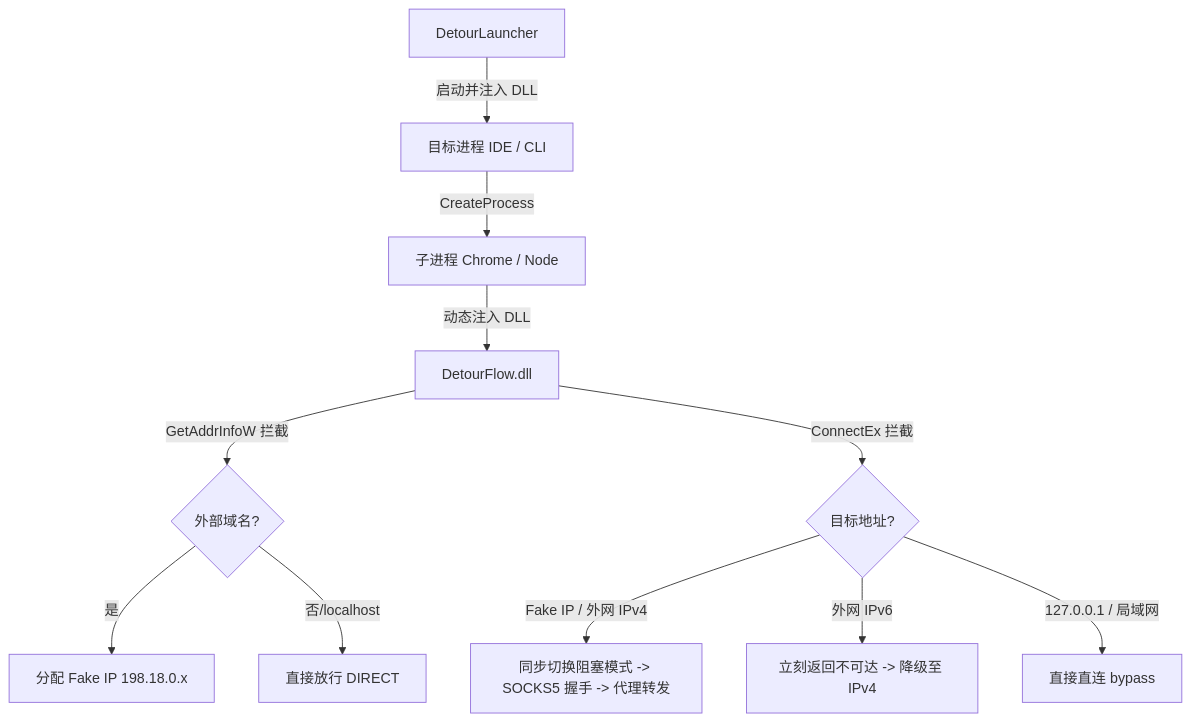
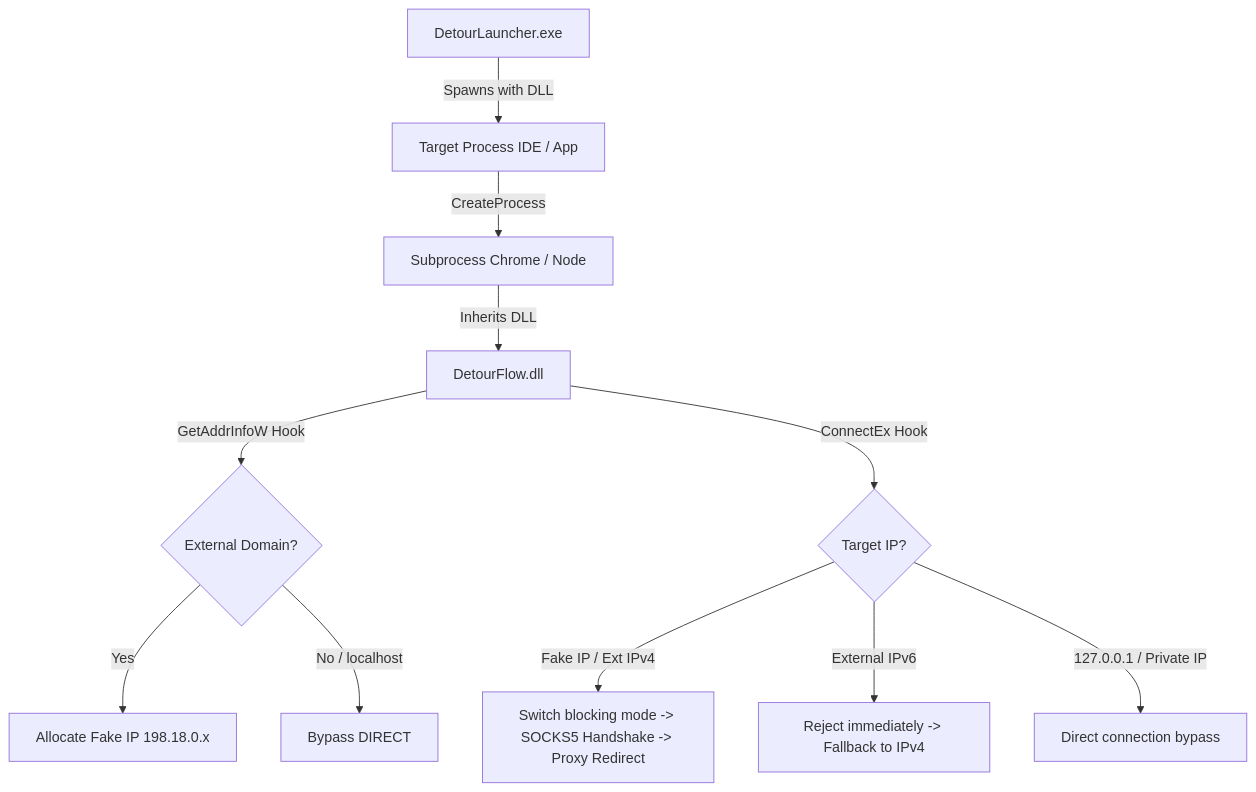
Before and after one commit to civilization-os/DetourFlow: the diagram in README.md, drawn with Mermaid. The commit also changed other lines of this file, not shown here.

````diff
--- a/README.md
+++ b/README.md
@@ -24,13 +26,13 @@
 ```mermaid
 graph TD
-    A[DetourLauncher] -->|启动并注入 DLL| B[目标进程 IDE / CLI]
-    B -->|CreateProcess| C[子进程 Chrome / Node]
-    C -->|动态注入 DLL| D[DetourFlow.dll]
-    D -->|GetAddrInfoW 拦截| E{外部域名?}
-    E -->|是| F[分配 Fake IP 198.18.0.x]
-    E -->|否/localhost| G[直接放行 DIRECT]
-    D -->|ConnectEx 拦截| H{目标地址?}
-    H -->|Fake IP / 外网 IPv4| I[同步切换阻塞模式 -> SOCKS5 握手 -> 代理转发]
-    H -->|外网 IPv6| J[立刻返回不可达 -> 降级至 IPv4]
-    H -->|127.0.0.1 / 局域网| K[直接直连 bypass]
+    A[DetourLauncher.exe] -->|Spawns with DLL| B[Target Process IDE / App]
+    B -->|CreateProcess| C[Subprocess Chrome / Node]
+    C -->|Inherits DLL| D[DetourFlow.dll]
+    D -->|GetAddrInfoW Hook| E{External Domain?}
+    E -->|Yes| F[Allocate Fake IP 198.18.0.x]
+    E -->|No / localhost| G[Bypass DIRECT]
+    D -->|ConnectEx Hook| H{Target IP?}
+    H -->|Fake IP / Ext IPv4| I[Switch blocking mode -> SOCKS5 Handshake -> Proxy Redirect]
+    H -->|External IPv6| J[Reject immediately -> Fallback to IPv4]
+    H -->|127.0.0.1 / Private IP| K[Direct connection bypass]
 ```
````
